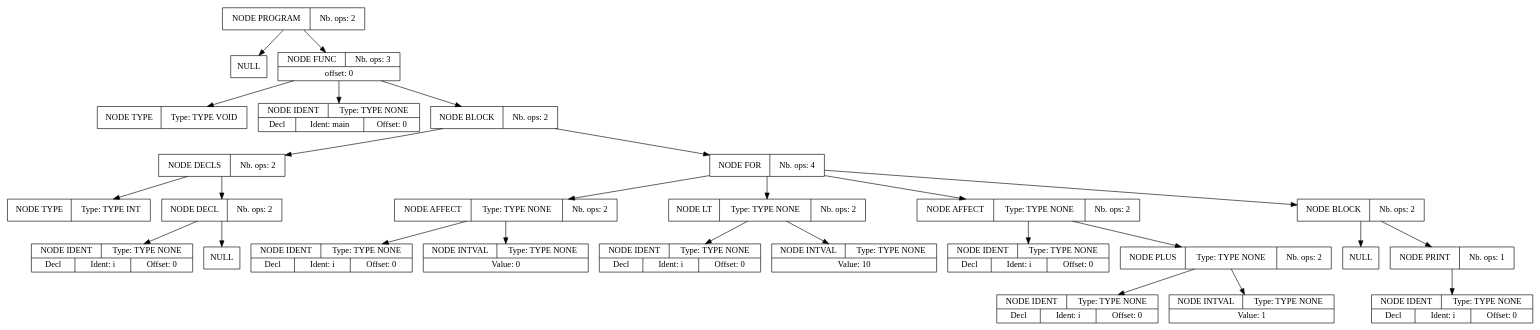
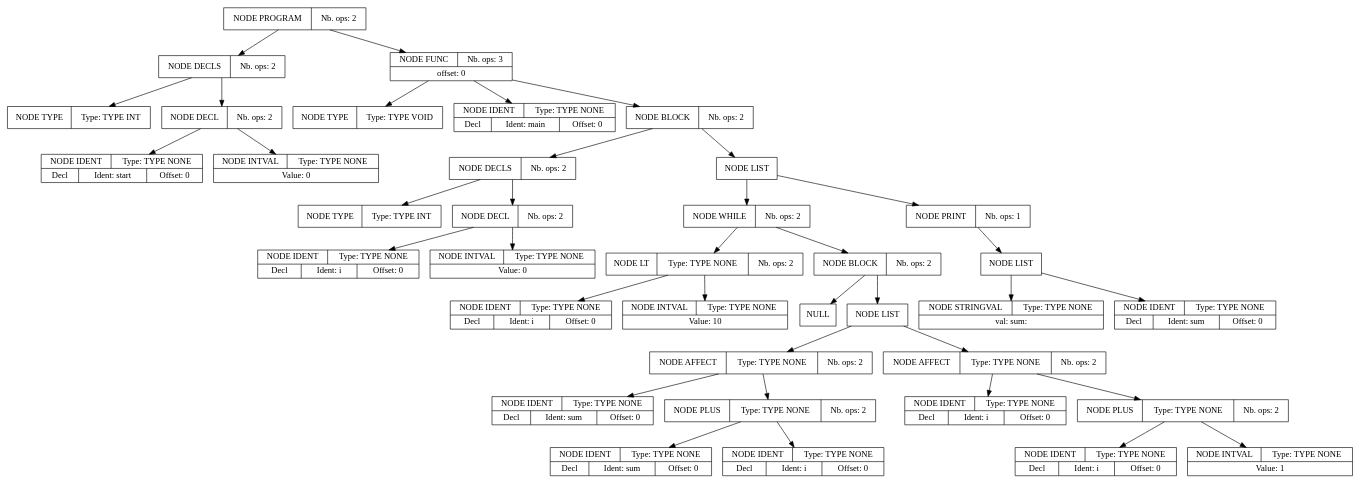
Before and after one commit to Sorbonnar/projet_compilation: the diagram in apres_syntaxe.dot, drawn with Graphviz. The commit also changed 8 other files, not shown here.

```diff
--- a/apres_syntaxe.dot
+++ b/apres_syntaxe.dot
@@ -1,81 +1,111 @@
 digraph global_vars {
     N1 [shape=record, label="{{NODE PROGRAM|Nb. ops: 2}}"];
-    N2 [shape=record, label="{{NULL}}"];
+    N2 [shape=record, label="{{NODE DECLS|Nb. ops: 2}}"];
+    N3 [shape=record, label="{{NODE TYPE|Type: TYPE INT}}"];
+    edge[tailclip=true];
+    N2 -> N3
+    N4 [shape=record, label="{{NODE DECL|Nb. ops: 2}}"];
+    N5 [shape=record, label="{{NODE IDENT|Type: TYPE NONE}|{<decl>Decl      |Ident: start|Offset: 0}}"];
+    edge[tailclip=true];
+    N4 -> N5
+    N6 [shape=record, label="{{NODE INTVAL|Type: TYPE NONE}|{Value: 0}}"];
+    edge[tailclip=true];
+    N4 -> N6
+    edge[tailclip=true];
+    N2 -> N4
     edge[tailclip=true];
     N1 -> N2
-    N3 [shape=record, label="{{NODE FUNC|Nb. ops: 3}|{offset: 0}}"];
-    N4 [shape=record, label="{{NODE TYPE|Type: TYPE VOID}}"];
-    edge[tailclip=true];
-    N3 -> N4
-    N5 [shape=record, label="{{NODE IDENT|Type: TYPE NONE}|{<decl>Decl      |Ident: main|Offset: 0}}"];
-    edge[tailclip=true];
-    N3 -> N5
-    N6 [shape=record, label="{{NODE BLOCK|Nb. ops: 2}}"];
-    N7 [shape=record, label="{{NODE DECLS|Nb. ops: 2}}"];
-    N8 [shape=record, label="{{NODE TYPE|Type: TYPE INT}}"];
+    N7 [shape=record, label="{{NODE FUNC|Nb. ops: 3}|{offset: 0}}"];
+    N8 [shape=record, label="{{NODE TYPE|Type: TYPE VOID}}"];
     edge[tailclip=true];
     N7 -> N8
-    N9 [shape=record, label="{{NODE DECL|Nb. ops: 2}}"];
-    N10 [shape=record, label="{{NODE IDENT|Type: TYPE NONE}|{<decl>Decl      |Ident: i|Offset: 0}}"];
-    edge[tailclip=true];
-    N9 -> N10
-    N11 [shape=record, label="{{NULL}}"];
-    edge[tailclip=true];
-    N9 -> N11
+    N9 [shape=record, label="{{NODE IDENT|Type: TYPE NONE}|{<decl>Decl      |Ident: main|Offset: 0}}"];
     edge[tailclip=true];
     N7 -> N9
+    N10 [shape=record, label="{{NODE BLOCK|Nb. ops: 2}}"];
+    N11 [shape=record, label="{{NODE DECLS|Nb. ops: 2}}"];
+    N12 [shape=record, label="{{NODE TYPE|Type: TYPE INT}}"];
     edge[tailclip=true];
-    N6 -> N7
-    N12 [shape=record, label="{{NODE FOR|Nb. ops: 4}}"];
-    N13 [shape=record, label="{{NODE AFFECT|Type: TYPE NONE|Nb. ops: 2}}"];
+    N11 -> N12
+    N13 [shape=record, label="{{NODE DECL|Nb. ops: 2}}"];
     N14 [shape=record, label="{{NODE IDENT|Type: TYPE NONE}|{<decl>Decl      |Ident: i|Offset: 0}}"];
     edge[tailclip=true];
     N13 -> N14
     N15 [shape=record, label="{{NODE INTVAL|Type: TYPE NONE}|{Value: 0}}"];
     edge[tailclip=true];
     N13 -> N15
     edge[tailclip=true];
-    N12 -> N13
-    N16 [shape=record, label="{{NODE LT|Type: TYPE NONE|Nb. ops: 2}}"];
-    N17 [shape=record, label="{{NODE IDENT|Type: TYPE NONE}|{<decl>Decl      |Ident: i|Offset: 0}}"];
+    N11 -> N13
     edge[tailclip=true];
-    N16 -> N17
-    N18 [shape=record, label="{{NODE INTVAL|Type: TYPE NONE}|{Value: 10}}"];
+    N10 -> N11
+    N16 [shape=record, label="{{NODE LIST}}"];
+    N17 [shape=record, label="{{NODE WHILE|Nb. ops: 2}}"];
+    N18 [shape=record, label="{{NODE LT|Type: TYPE NONE|Nb. ops: 2}}"];
+    N19 [shape=record, label="{{NODE IDENT|Type: TYPE NONE}|{<decl>Decl      |Ident: i|Offset: 0}}"];
     edge[tailclip=true];
-    N16 -> N18
+    N18 -> N19
+    N20 [shape=record, label="{{NODE INTVAL|Type: TYPE NONE}|{Value: 10}}"];
     edge[tailclip=true];
-    N12 -> N16
-    N19 [shape=record, label="{{NODE AFFECT|Type: TYPE NONE|Nb. ops: 2}}"];
-    N20 [shape=record, label="{{NODE IDENT|Type: TYPE NONE}|{<decl>Decl      |Ident: i|Offset: 0}}"];
+    N18 -> N20
     edge[tailclip=true];
-    N19 -> N20
-    N21 [shape=record, label="{{NODE PLUS|Type: TYPE NONE|Nb. ops: 2}}"];
-    N22 [shape=record, label="{{NODE IDENT|Type: TYPE NONE}|{<decl>Decl      |Ident: i|Offset: 0}}"];
+    N17 -> N18
+    N21 [shape=record, label="{{NODE BLOCK|Nb. ops: 2}}"];
+    N22 [shape=record, label="{{NULL}}"];
     edge[tailclip=true];
     N21 -> N22
-    N23 [shape=record, label="{{NODE INTVAL|Type: TYPE NONE}|{Value: 1}}"];
+    N23 [shape=record, label="{{NODE LIST}}"];
+    N24 [shape=record, label="{{NODE AFFECT|Type: TYPE NONE|Nb. ops: 2}}"];
+    N25 [shape=record, label="{{NODE IDENT|Type: TYPE NONE}|{<decl>Decl      |Ident: sum|Offset: 0}}"];
+    edge[tailclip=true];
+    N24 -> N25
+    N26 [shape=record, label="{{NODE PLUS|Type: TYPE NONE|Nb. ops: 2}}"];
+    N27 [shape=record, label="{{NODE IDENT|Type: TYPE NONE}|{<decl>Decl      |Ident: sum|Offset: 0}}"];
+    edge[tailclip=true];
+    N26 -> N27
+    N28 [shape=record, label="{{NODE IDENT|Type: TYPE NONE}|{<decl>Decl      |Ident: i|Offset: 0}}"];
+    edge[tailclip=true];
+    N26 -> N28
+    edge[tailclip=true];
+    N24 -> N26
+    edge[tailclip=true];
+    N23 -> N24
+    N29 [shape=record, label="{{NODE AFFECT|Type: TYPE NONE|Nb. ops: 2}}"];
+    N30 [shape=record, label="{{NODE IDENT|Type: TYPE NONE}|{<decl>Decl      |Ident: i|Offset: 0}}"];
+    edge[tailclip=true];
+    N29 -> N30
+    N31 [shape=record, label="{{NODE PLUS|Type: TYPE NONE|Nb. ops: 2}}"];
+    N32 [shape=record, label="{{NODE IDENT|Type: TYPE NONE}|{<decl>Decl      |Ident: i|Offset: 0}}"];
+    edge[tailclip=true];
+    N31 -> N32
+    N33 [shape=record, label="{{NODE INTVAL|Type: TYPE NONE}|{Value: 1}}"];
+    edge[tailclip=true];
+    N31 -> N33
+    edge[tailclip=true];
+    N29 -> N31
+    edge[tailclip=true];
+    N23 -> N29
     edge[tailclip=true];
     N21 -> N23
     edge[tailclip=true];
-    N19 -> N21
+    N17 -> N21
     edge[tailclip=true];
-    N12 -> N19
-    N24 [shape=record, label="{{NODE BLOCK|Nb. ops: 2}}"];
-    N25 [shape=record, label="{{NULL}}"];
+    N16 -> N17
+    N34 [shape=record, label="{{NODE PRINT|Nb. ops: 1}}"];
+    N35 [shape=record, label="{{NODE LIST}}"];
+    N36 [shape=record, label="{{NODE STRINGVAL|Type: TYPE NONE}|{val: sum:}}"];
     edge[tailclip=true];
-    N24 -> N25
-    N26 [shape=record, label="{{NODE PRINT|Nb. ops: 1}}"];
-    N27 [shape=record, label="{{NODE IDENT|Type: TYPE NONE}|{<decl>Decl      |Ident: i|Offset: 0}}"];
+    N35 -> N36
+    N37 [shape=record, label="{{NODE IDENT|Type: TYPE NONE}|{<decl>Decl      |Ident: sum|Offset: 0}}"];
     edge[tailclip=true];
-    N26 -> N27
+    N35 -> N37
     edge[tailclip=true];
-    N24 -> N26
+    N34 -> N35
     edge[tailclip=true];
-    N12 -> N24
+    N16 -> N34
     edge[tailclip=true];
-    N6 -> N12
+    N10 -> N16
     edge[tailclip=true];
-    N3 -> N6
+    N7 -> N10
     edge[tailclip=true];
-    N1 -> N3
+    N1 -> N7
 }
```
